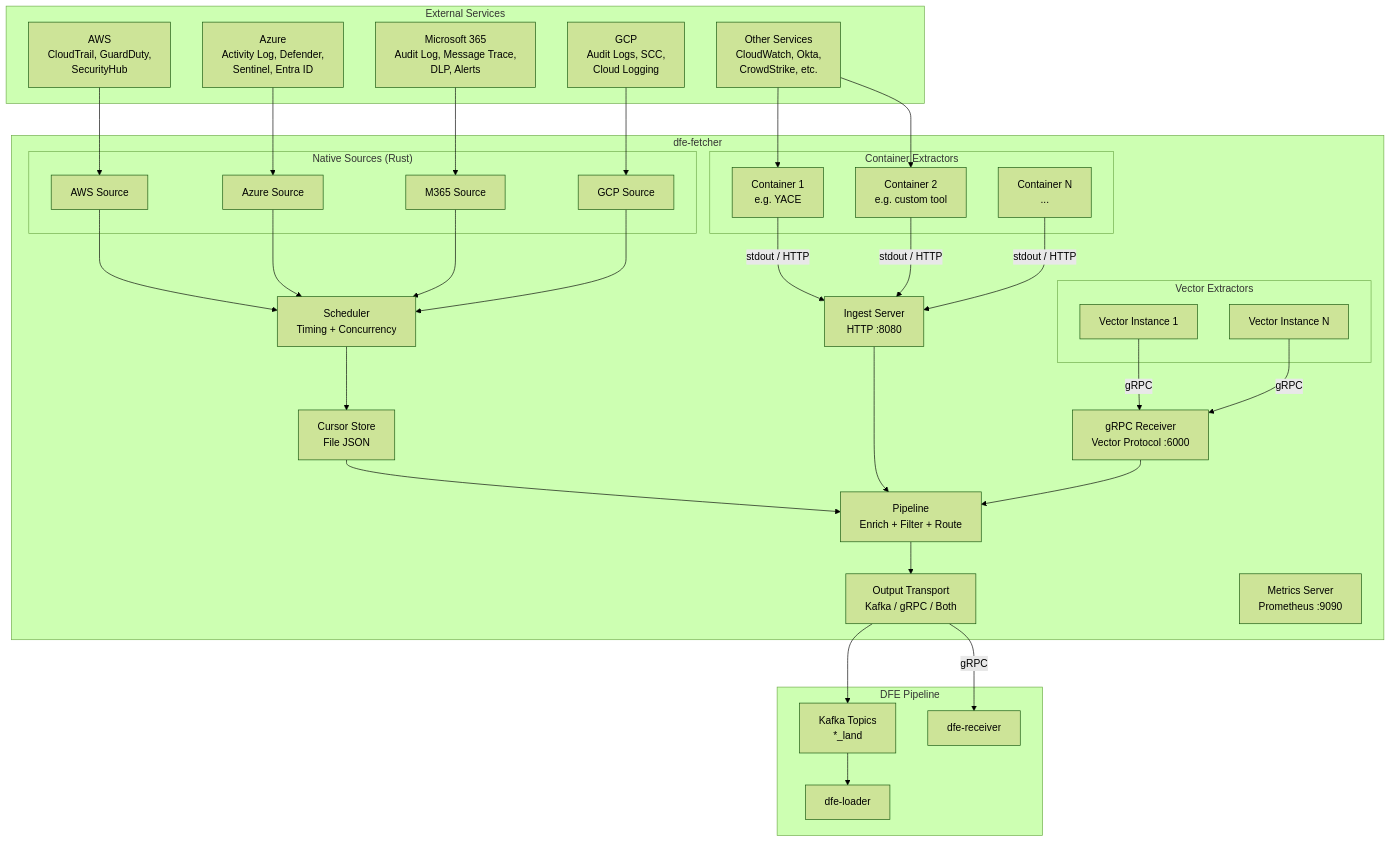
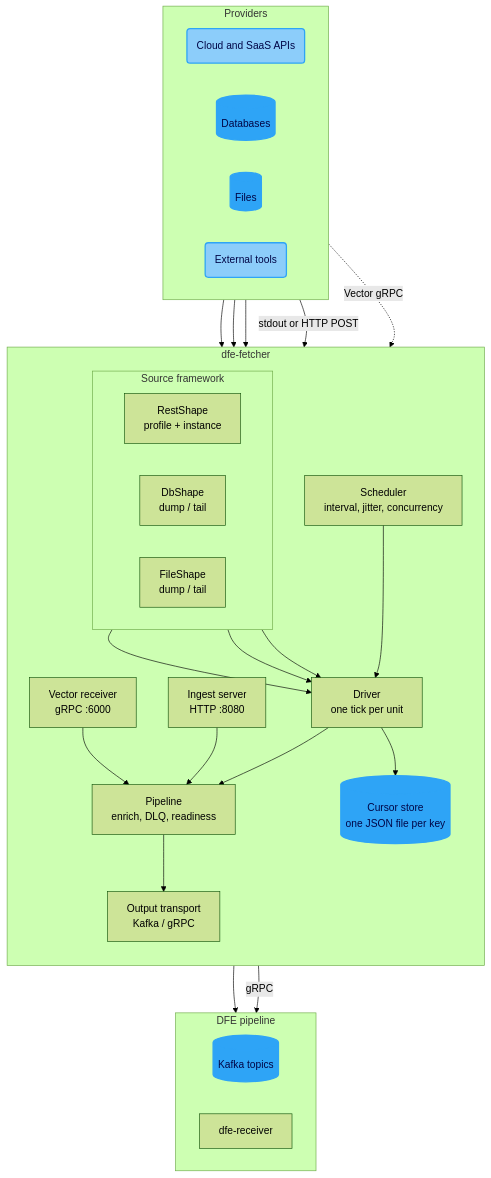
One commit to hyperi-io/dfe-fetcher changed the first of 8 diagrams in docs/DESIGN.md. Above: the diagram before and after it, drawn with Mermaid (forest theme). The commit also changed other lines of this file and 265 other files, not shown here.

First line of the commit message:
fix(sources): run every source on one generic framework

````diff
--- a/docs/DESIGN.md
+++ b/docs/DESIGN.md
@@ -17,71 +23,55 @@
 ```mermaid
-graph TB
-    subgraph External Services
-        AWS[AWS<br>CloudTrail, GuardDuty,<br>SecurityHub]
-        Azure[Azure<br>Activity Log, Defender,<br>Sentinel, Entra ID]
-        M365[Microsoft 365<br>Audit Log, Message Trace,<br>DLP, Alerts]
-        GCP[GCP<br>Audit Logs, SCC,<br>Cloud Logging]
-        Other[Other Services<br>CloudWatch, Okta,<br>CrowdStrike, etc.]
+flowchart TB
+    subgraph Providers
+        direction LR
+        API(Cloud and SaaS APIs)
+        DB[(Databases)]
+        FS[(Files)]
+        Ext(External tools)
     end
 
-    subgraph dfe-fetcher
-        subgraph "Native Sources (Rust)"
-            NS_AWS[AWS Source]
-            NS_Azure[Azure Source]
-            NS_M365[M365 Source]
-            NS_GCP[GCP Source]
+    subgraph "dfe-fetcher"
+        direction TB
+        subgraph "Source framework"
+            direction LR
+            Rest[RestShape<br>profile + instance]
+            DbS[DbShape<br>dump / tail]
+            FileS[FileShape<br>dump / tail]
         end
-
-        subgraph "Container Extractors"
-            CE1[Container 1<br>e.g. YACE]
-            CE2[Container 2<br>e.g. custom tool]
-            CE3[Container N<br>...]
-        end
-
-        subgraph "Vector Extractors"
-            VE1[Vector Instance 1]
-            VE2[Vector Instance N]
-        end
-
-        Scheduler[Scheduler<br>Timing + Concurrency]
-        CursorStore[Cursor Store<br>File JSON]
-        Pipeline[Pipeline<br>Enrich + Filter + Route]
-        Ingest[Ingest Server<br>HTTP :8080]
-        GRPC[gRPC Receiver<br>Vector Protocol :6000]
-        Output[Output Transport<br>Kafka / gRPC / Both]
-        Metrics[Metrics Server<br>Prometheus :9090]
+        Driver[Driver<br>one tick per unit]
+        Scheduler[Scheduler<br>interval, jitter, concurrency]
+        Ingest[Ingest server<br>HTTP :8080]
+        Vector[Vector receiver<br>gRPC :6000]
+        Pipeline[Pipeline<br>enrich, DLQ, readiness]
+        Cursor[(Cursor store<br>one JSON file per key)]
+        Output[Output transport<br>Kafka / gRPC]
     end
 
-    subgraph DFE Pipeline
-        Kafka[Kafka Topics<br>*_land]
+    subgraph "DFE pipeline"
+        direction LR
+        Kafka[(Kafka topics)]
         Receiver[dfe-receiver]
-        Loader[dfe-loader]
     end
 
-    AWS --> NS_AWS
-    Azure --> NS_Azure
-    M365 --> NS_M365
-    GCP --> NS_GCP
-    Other --> CE1
-    Other --> CE2
-
-    NS_AWS --> Scheduler
-    NS_Azure --> Scheduler
-    NS_M365 --> Scheduler
-    NS_GCP --> Scheduler
-
-    Scheduler --> CursorStore
-    CursorStore --> Pipeline
-    CE1 -->|stdout / HTTP| Ingest
-    CE2 -->|stdout / HTTP| Ingest
-    CE3 -->|stdout / HTTP| Ingest
-    VE1 -->|gRPC| GRPC
-    VE2 -->|gRPC| GRPC
+    API --> Rest
+    DB --> DbS
+    FS --> FileS
+    Ext -->|stdout or HTTP POST| Ingest
+    Ext -.->|Vector gRPC| Vector
+    Scheduler --> Driver
+    Rest --> Driver
+    DbS --> Driver
+    FileS --> Driver
+    Driver --> Pipeline
+    Driver --> Cursor
     Ingest --> Pipeline
-    GRPC --> Pipeline
-
+    Vector --> Pipeline
     Pipeline --> Output
     Output --> Kafka
     Output -->|gRPC| Receiver
-    Kafka --> Loader
+
+    classDef store fill:#2EA4F6,stroke:#2EA4F6,stroke-width:2px,color:#000647
+    classDef ext fill:#8CCDFA,stroke:#2EA4F6,stroke-width:2px,color:#000647
+    class DB,FS,Cursor,Kafka store
+    class API,Ext ext
 ```
````
